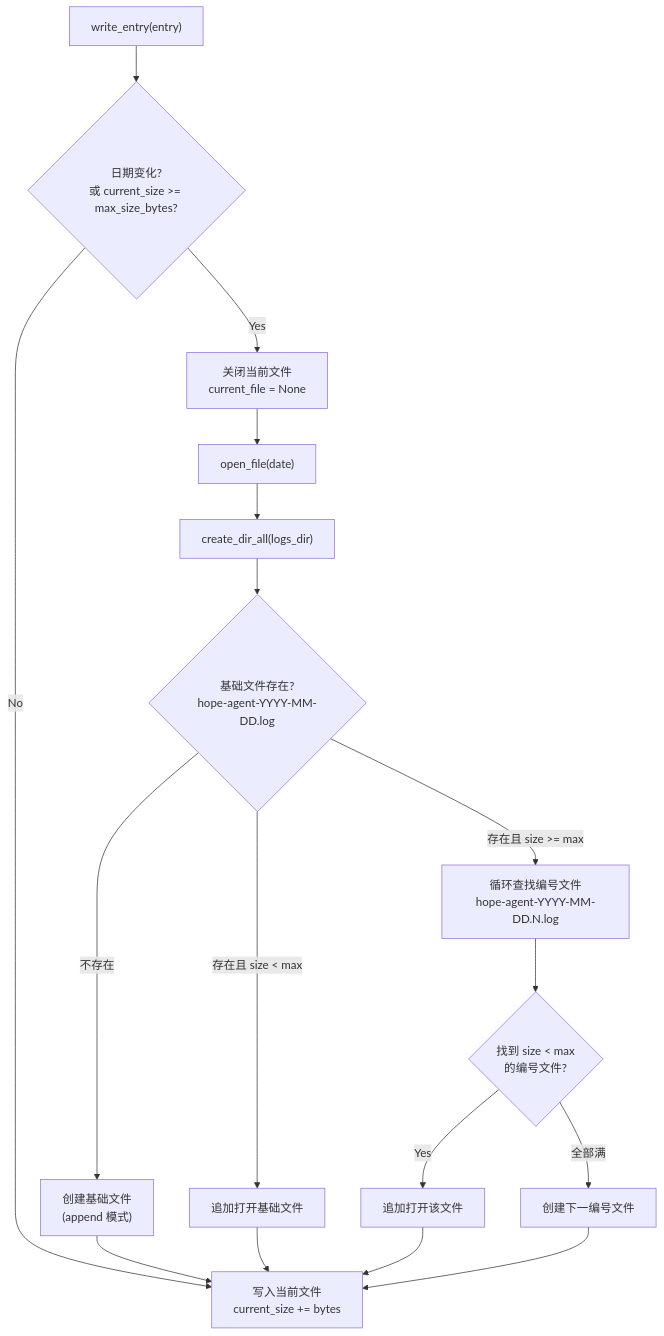
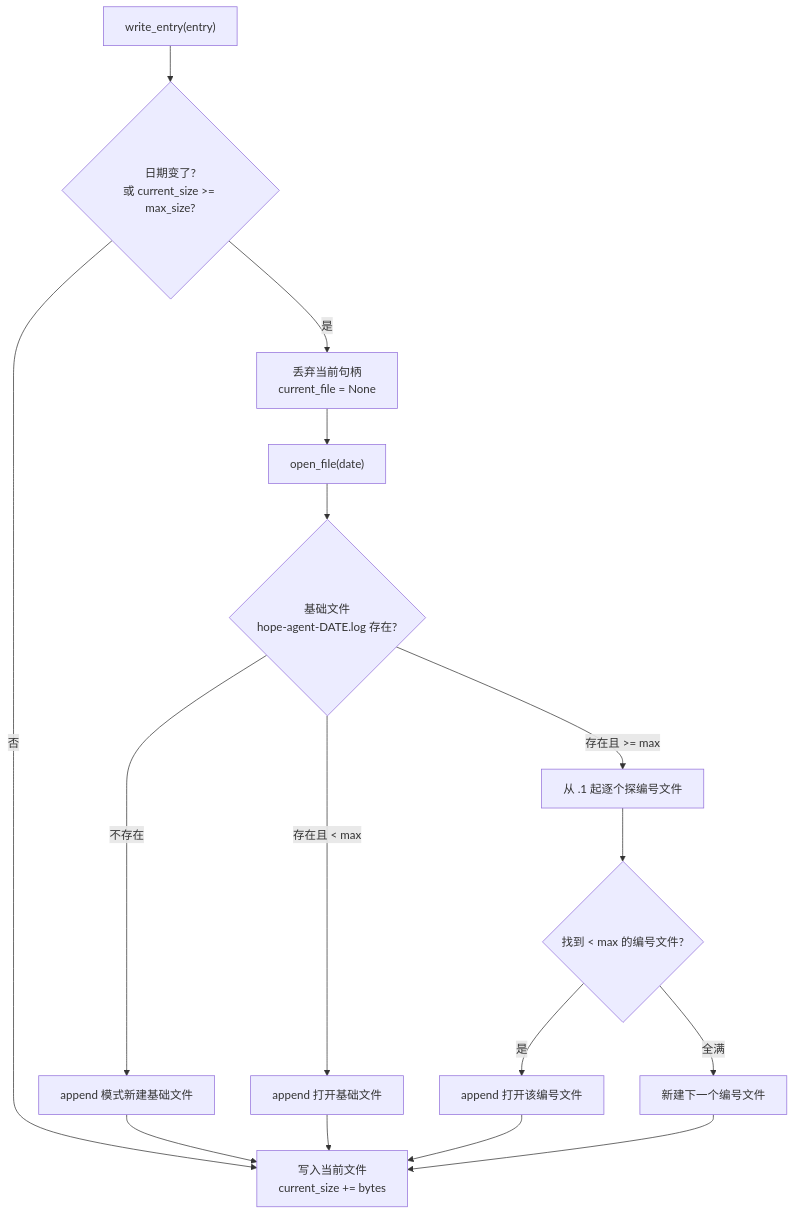
The third of 3 diagrams in docs/architecture/logging.md (shiwenwen/hope-agent), drawn with Mermaid before and after one commit. The commit also changed other lines of this file and 5 other files, not shown here.

````diff
--- a/docs/architecture/logging.md
+++ b/docs/architecture/logging.md
@@ -128,20 +197,18 @@
 ```mermaid
 flowchart TD
-    A["write_entry(entry)"] --> B{"日期变化?<br>或 current_size >= max_size_bytes?"}
-    B -- No --> C["写入当前文件<br>current_size += bytes"]
-    B -- Yes --> D["关闭当前文件<br>current_file = None"]
+    A["write_entry(entry)"] --> B{"日期变了?<br/>或 current_size >= max_size?"}
+    B -- 否 --> C["写入当前文件<br/>current_size += bytes"]
+    B -- 是 --> D["丢弃当前句柄<br/>current_file = None"]
     D --> E["open_file(date)"]
-    E --> F["create_dir_all(logs_dir)"]
-    F --> G{"基础文件存在?<br>hope-agent-YYYY-MM-DD.log"}
-    G -- "不存在" --> H["创建基础文件<br>(append 模式)"]
-    G -- "存在且 size < max" --> I["追加打开基础文件"]
-    G -- "存在且 size >= max" --> J["循环查找编号文件<br>hope-agent-YYYY-MM-DD.N.log"]
-    J --> K{"找到 size < max<br>的编号文件?"}
-    K -- Yes --> I2["追加打开该文件"]
-    K -- "全部满" --> L["创建下一编号文件"]
+    E --> F{"基础文件<br/>hope-agent-DATE.log 存在?"}
+    F -- 不存在 --> H["append 模式新建基础文件"]
+    F -- "存在且 < max" --> I["append 打开基础文件"]
+    F -- "存在且 >= max" --> J["从 .1 起逐个探编号文件"]
+    J --> K{"找到 < max 的编号文件?"}
+    K -- 是 --> I2["append 打开该编号文件"]
+    K -- "全满" --> L["新建下一个编号文件"]
     H --> C
     I --> C
     I2 --> C
     L --> C
-
 ```
````
